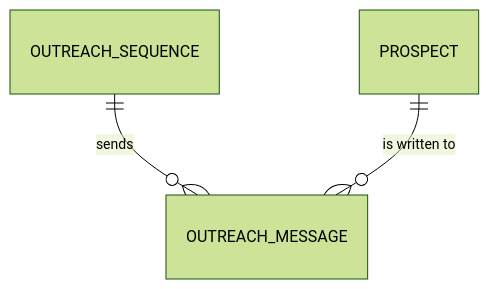
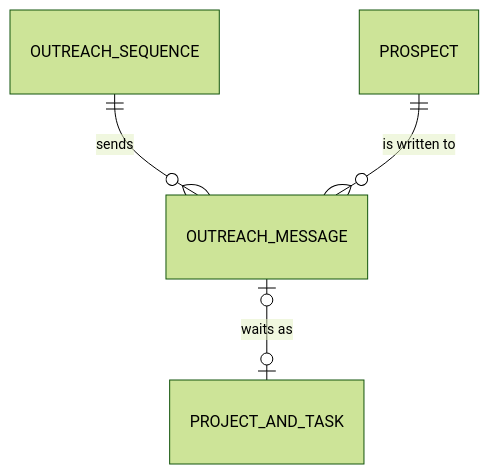
One commit to gpbcom/SimpleERP changed the first of 2 diagrams in docs/specs/02-functional/f09-hr-and-projects/data/e-f09-47-outreach-message.md. Above: the diagram before and after it, drawn with Mermaid (forest theme). The commit also changed other lines of this file and 8816 other files, not shown here.

````diff
--- a/docs/specs/02-functional/f09-hr-and-projects/data/e-f09-47-outreach-message.md
+++ b/docs/specs/02-functional/f09-hr-and-projects/data/e-f09-47-outreach-message.md
@@ -32,5 +35,6 @@
 ```mermaid
 erDiagram
   OUTREACH_SEQUENCE ||--o{ OUTREACH_MESSAGE : sends
   PROSPECT ||--o{ OUTREACH_MESSAGE : "is written to"
+  OUTREACH_MESSAGE |o--o| PROJECT_AND_TASK : "waits as"
 ```
````
